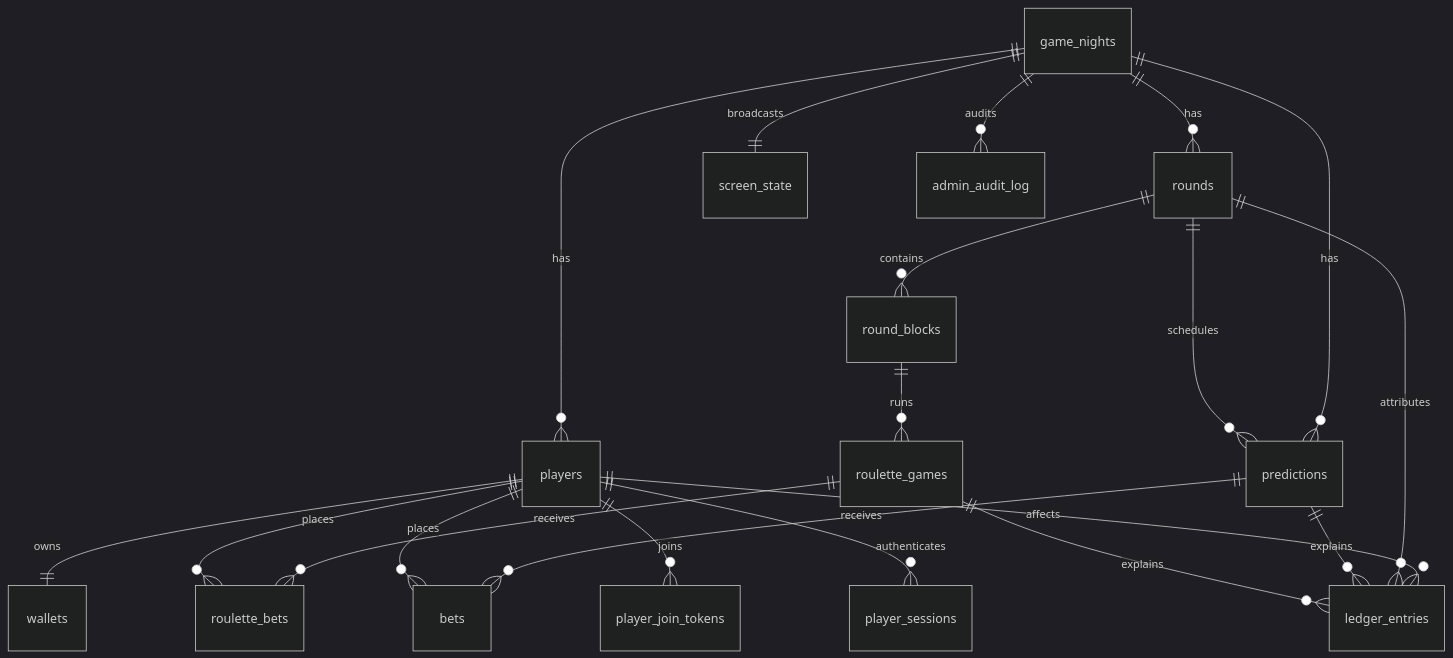
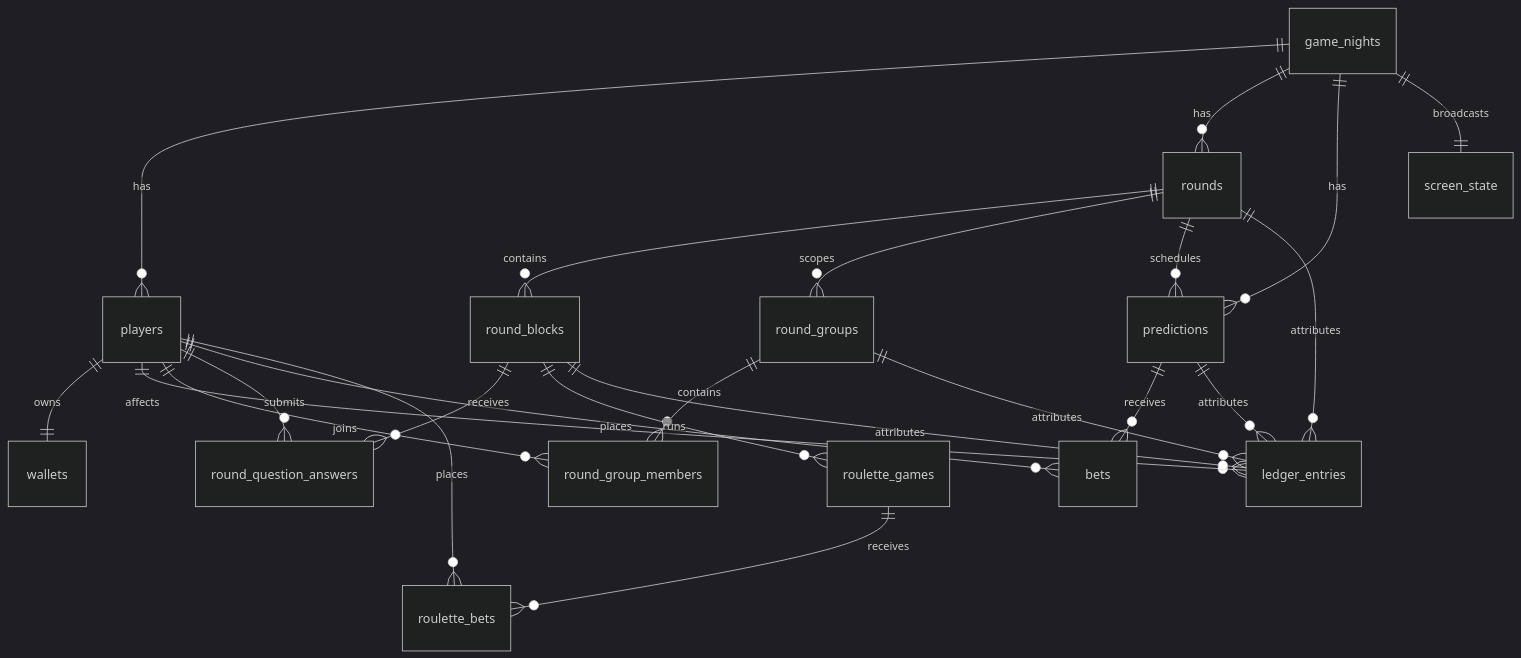
The diagram in docs/DATABASE.md (DaanHeijnen/Market-Mayhem), drawn with Mermaid (dark theme) before and after one commit. The commit also changed other lines of this file and 8582 other files, not shown here.

````diff
--- a/docs/DATABASE.md
+++ b/docs/DATABASE.md
@@ -5,22 +5,25 @@
 ```mermaid
 erDiagram
   game_nights ||--o{ players : has
+  players ||--|| wallets : owns
+  players ||--o{ ledger_entries : affects
   game_nights ||--o{ rounds : has
   rounds ||--o{ round_blocks : contains
+  rounds ||--o{ round_groups : scopes
+  round_groups ||--o{ round_group_members : contains
+  players ||--o{ round_group_members : joins
+  round_blocks ||--o{ round_question_answers : receives
+  players ||--o{ round_question_answers : submits
   game_nights ||--o{ predictions : has
   rounds ||--o{ predictions : schedules
   predictions ||--o{ bets : receives
   players ||--o{ bets : places
   round_blocks ||--o{ roulette_games : runs
   roulette_games ||--o{ roulette_bets : receives
   players ||--o{ roulette_bets : places
-  players ||--|| wallets : owns
-  players ||--o{ ledger_entries : affects
   rounds ||--o{ ledger_entries : attributes
-  predictions ||--o{ ledger_entries : explains
-  roulette_games ||--o{ ledger_entries : explains
-  players ||--o{ player_join_tokens : joins
-  players ||--o{ player_sessions : authenticates
+  predictions ||--o{ ledger_entries : attributes
+  round_groups ||--o{ ledger_entries : attributes
+  round_blocks ||--o{ ledger_entries : attributes
   game_nights ||--|| screen_state : broadcasts
-  game_nights ||--o{ admin_audit_log : audits
 ```
````
